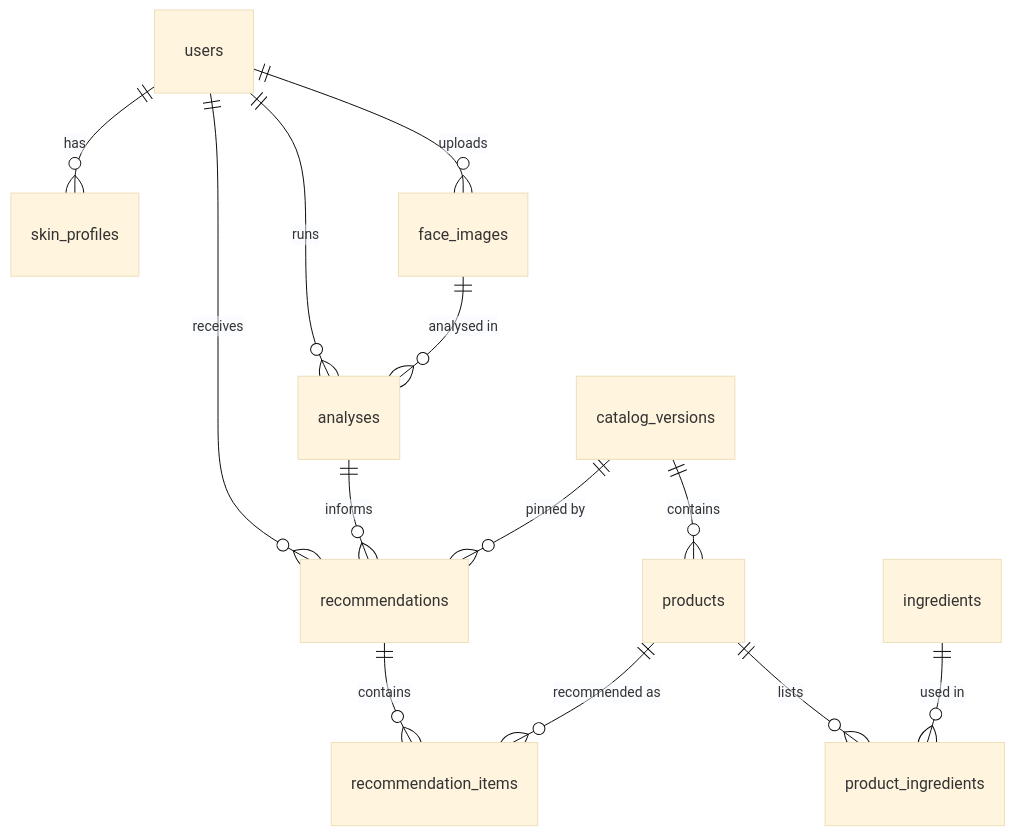
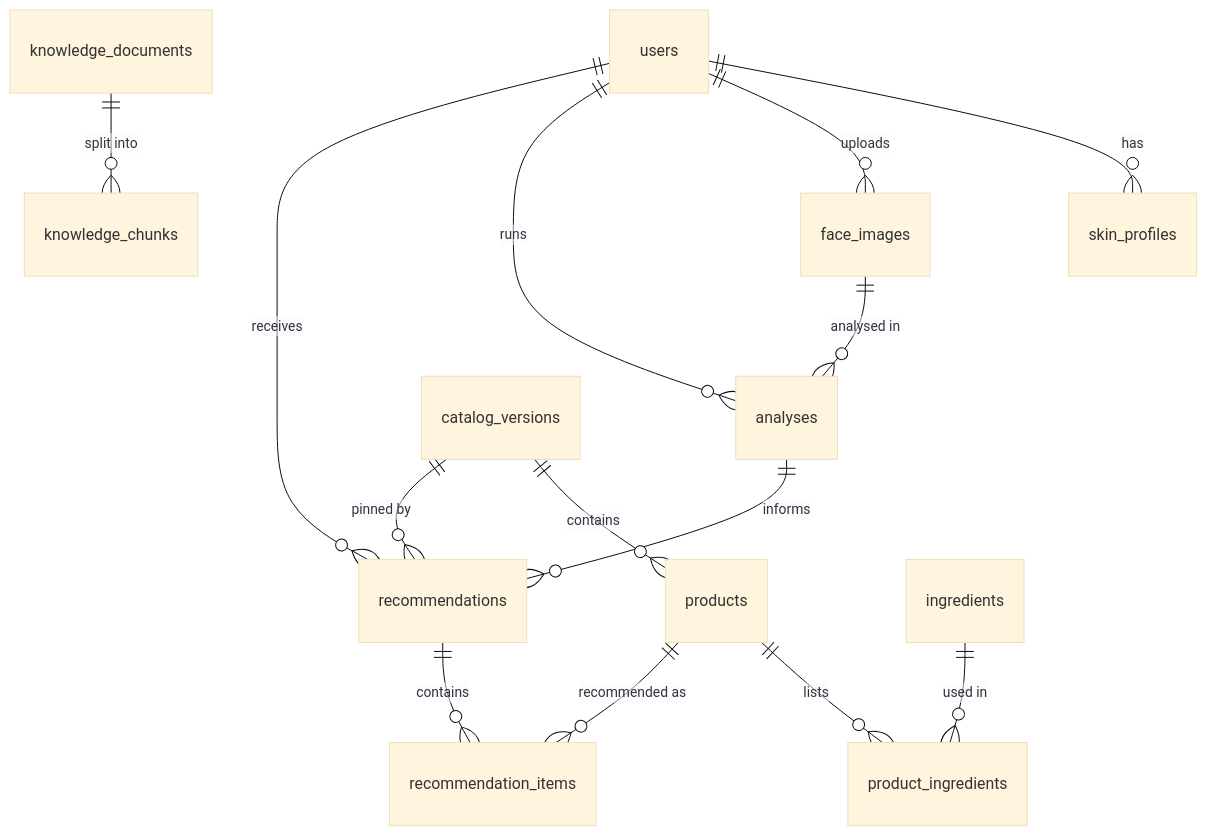
Before and after one commit to zhrespar/dermacare: the diagram in docs/DATABASE_SCHEMA.md, drawn with Mermaid (base theme). The commit also changed other lines of this file and 57 other files, not shown here.

First line of the commit message:
Apply AI architecture: CV triage, rule-based routines, RAG, LLM providers

````diff
--- a/docs/DATABASE_SCHEMA.md
+++ b/docs/DATABASE_SCHEMA.md
@@ -5,15 +5,16 @@
 ```mermaid
 erDiagram
   users ||--o{ skin_profiles : has
   users ||--o{ face_images : uploads
   users ||--o{ analyses : runs
   face_images ||--o{ analyses : "analysed in"
   users ||--o{ recommendations : receives
   analyses ||--o{ recommendations : informs
   catalog_versions ||--o{ products : contains
   catalog_versions ||--o{ recommendations : "pinned by"
   products ||--o{ product_ingredients : lists
   ingredients ||--o{ product_ingredients : "used in"
   recommendations ||--o{ recommendation_items : contains
   products ||--o{ recommendation_items : "recommended as"
+  knowledge_documents ||--o{ knowledge_chunks : "split into"
 ```
````
